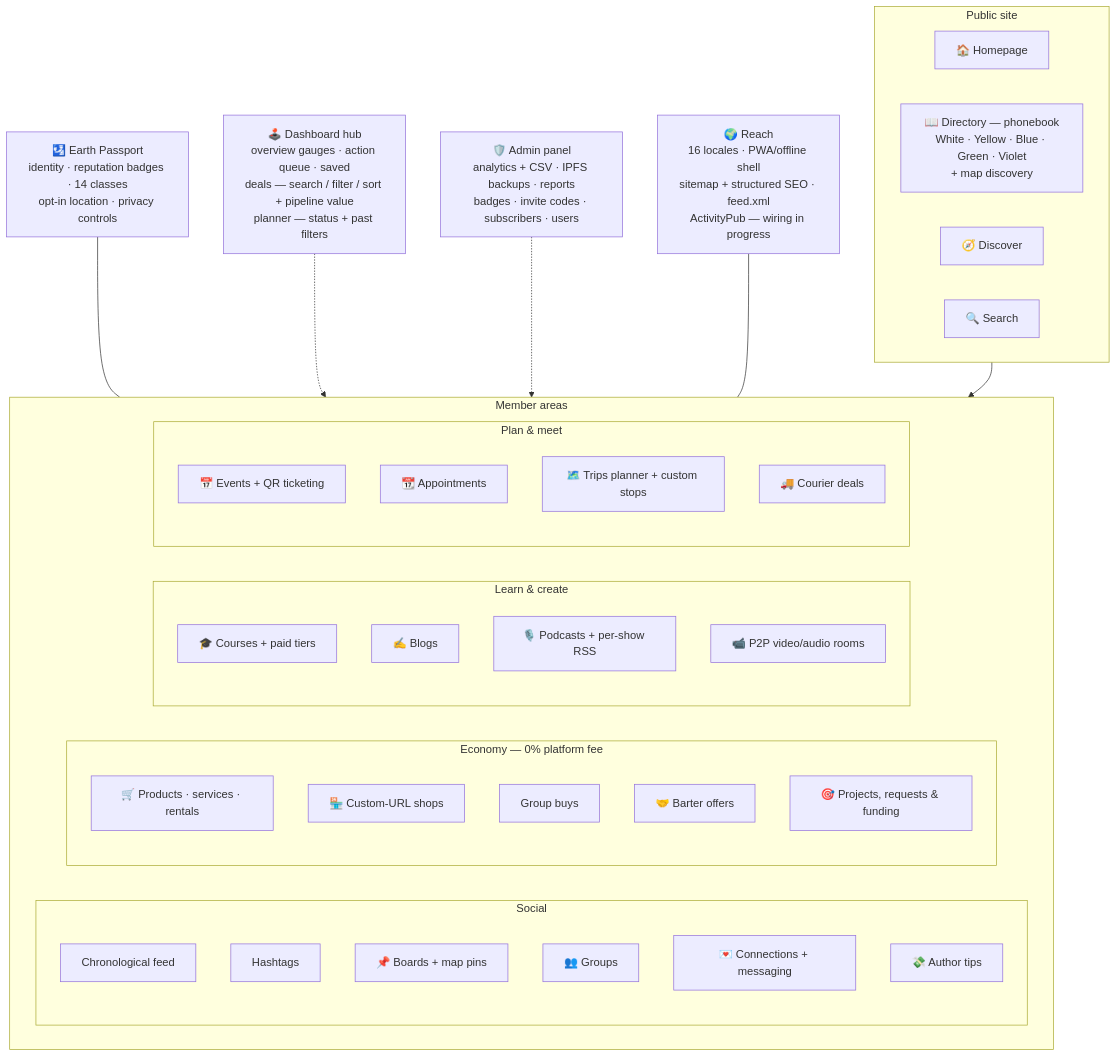
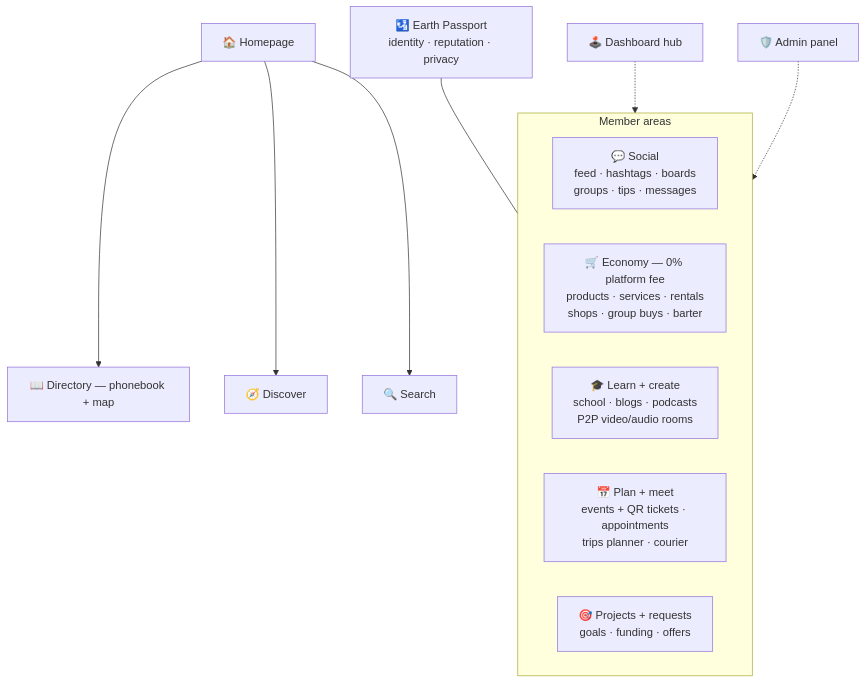
One commit to yerbaforums/xistrymemz changed the first of 4 diagrams in README.md. Above: the diagram before and after it, drawn with Mermaid. The commit also changed other lines of this file and 9 other files, not shown here.

````diff
--- a/README.md
+++ b/README.md
@@ -58,49 +58,16 @@
 ```mermaid
 flowchart TB
-  subgraph Public[Public site]
-    Home[🏠 Homepage]
-    Directory[📖 Directory — phonebook<br/>White · Yellow · Blue · Green · Violet<br/>+ map discovery]
-    Discover[🧭 Discover]
-    Search[🔍 Search]
+  Home[🏠 Homepage] --> Directory[📖 Directory — phonebook + map] & Discover[🧭 Discover] & Search[🔍 Search]
+
+  subgraph Members[Member areas]
+    Social[💬 Social<br/>feed · hashtags · boards<br/>groups · tips · messages]
+    Economy[🛒 Economy — 0% platform fee<br/>products · services · rentals<br/>shops · group buys · barter]
+    Create[🎓 Learn + create<br/>school · blogs · podcasts<br/>P2P video/audio rooms]
+    Plan[📅 Plan + meet<br/>events + QR tickets · appointments<br/>trips planner · courier]
+    Projects[🎯 Projects + requests<br/>goals · funding · offers]
   end
 
-  subgraph Members[Member areas]
-    subgraph Social[Social]
-      Feed[Chronological feed]
-      Hashtags[Hashtags]
-      Boards[📌 Boards + map pins]
-      Groups[👥 Groups]
-      Msgs[💌 Connections + messaging]
-      Tips[💸 Author tips]
-    end
-    subgraph Economy[Economy — 0% platform fee]
-      Market[🛒 Products · services · rentals]
-      Shops[🏪 Custom-URL shops]
-      GroupBuys[Group buys]
-      Barter[🤝 Barter offers]
-      Requests[🎯 Projects, requests & funding]
-    end
-    subgraph Learn[Learn & create]
-      School[🎓 Courses + paid tiers]
-      Blogs[✍️ Blogs]
-      Podcasts[🎙️ Podcasts + per-show RSS]
-      Video[📹 P2P video/audio rooms]
-    end
-    subgraph Plan[Plan & meet]
-      Events[📅 Events + QR ticketing]
-      Appointments[📆 Appointments]
-      Trips[🗺️ Trips planner + custom stops]
-      Courier[🚚 Courier deals]
-    end
-  end
-
-  Passport[🛂 Earth Passport<br/>identity · reputation badges · 14 classes<br/>opt-in location · privacy controls] --- Members
-
-  Dashboard[🕹️ Dashboard hub<br/>overview gauges · action queue · saved<br/>deals — search / filter / sort + pipeline value<br/>planner — status + past filters] -.-> Members
-
-  Admin[🛡️ Admin panel<br/>analytics + CSV · IPFS backups · reports<br/>badges · invite codes · subscribers · users] -.-> Members
-
-  Reach[🌍 Reach<br/>16 locales · PWA/offline shell<br/>sitemap + structured SEO · feed.xml<br/>ActivityPub — wiring in progress] --- Members
-
-  Public --> Members
+  Passport[🛂 Earth Passport<br/>identity · reputation · privacy] --- Members
+  Dashboard[🕹️ Dashboard hub] -.-> Members
+  Admin[🛡️ Admin panel] -.-> Members
 ```
````
